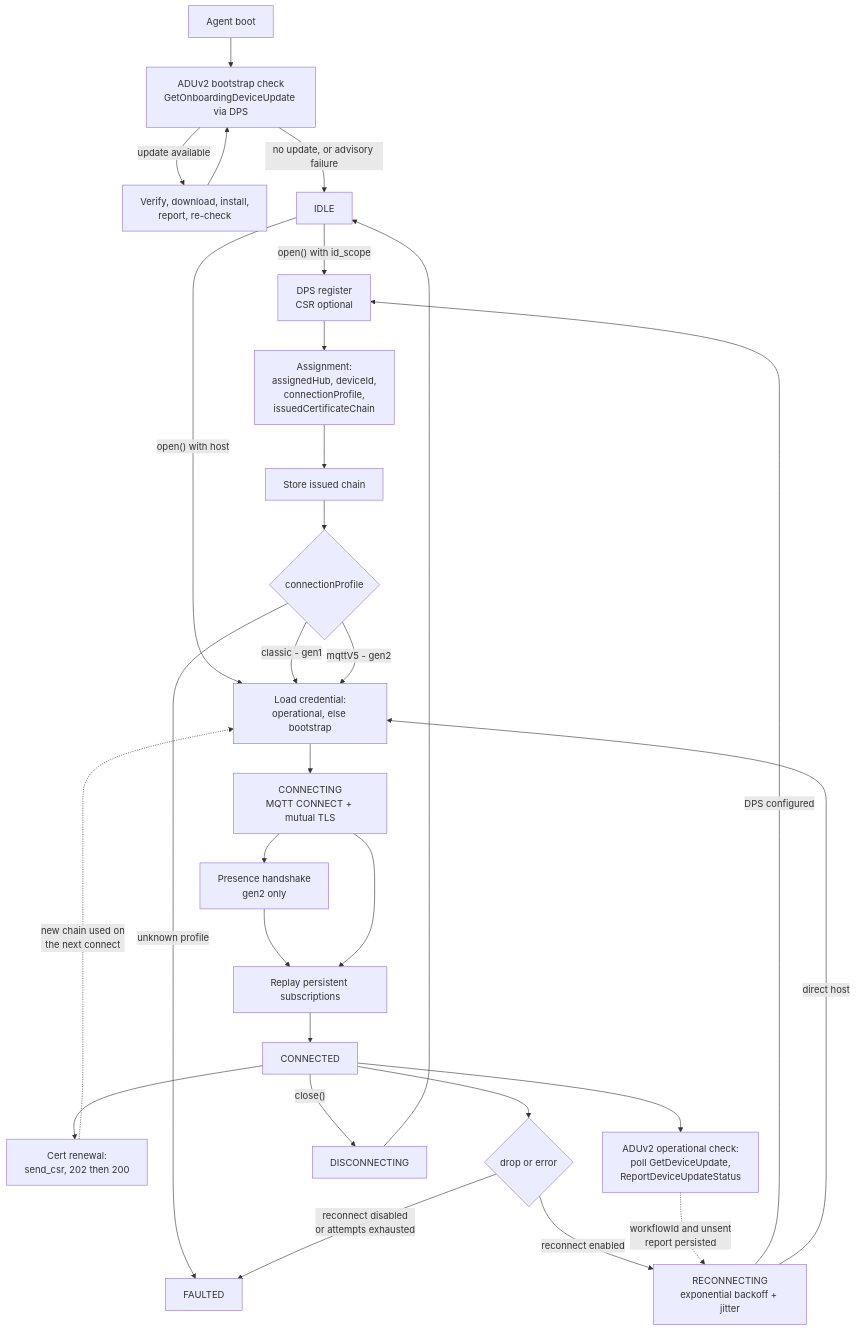
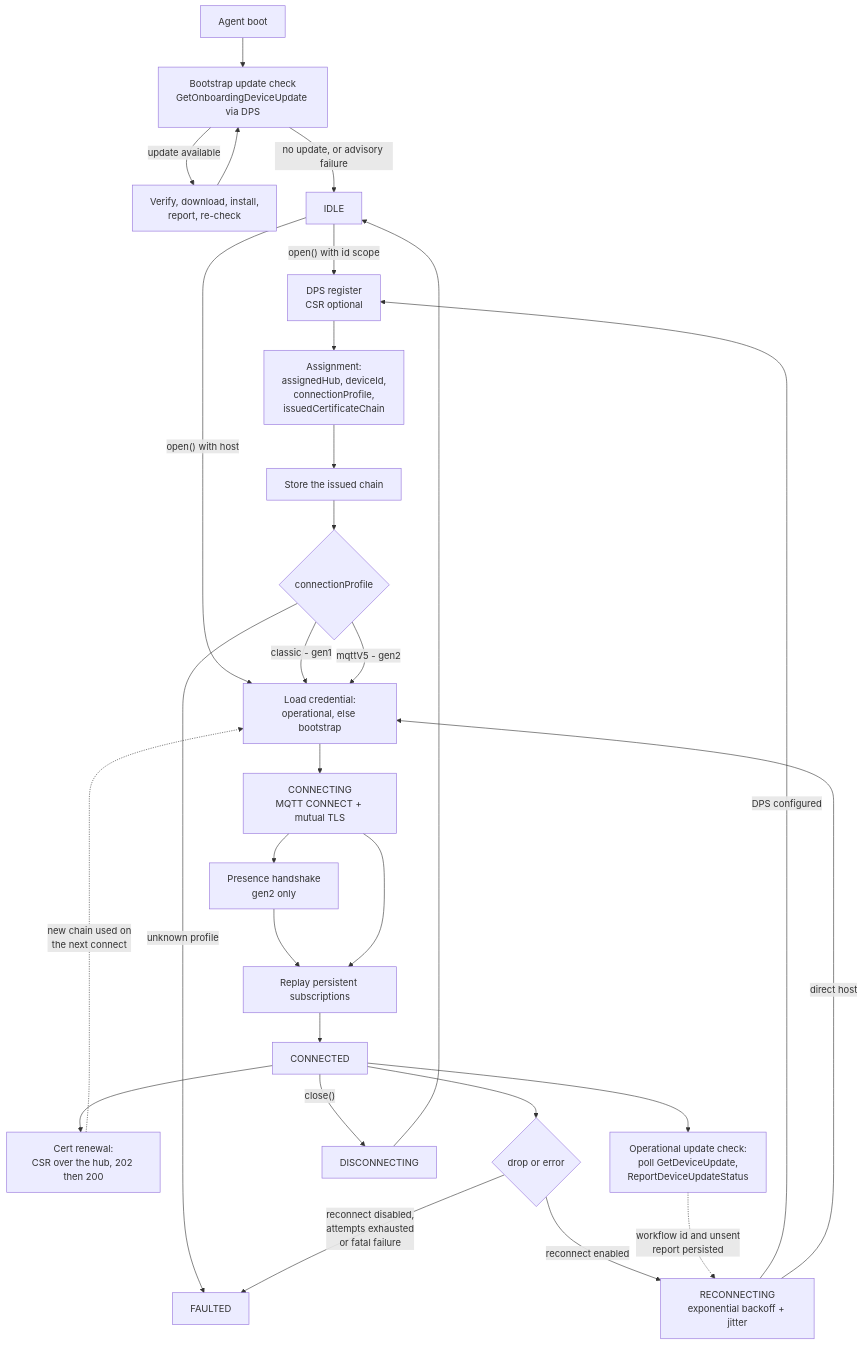
Before and after one commit to Azure/azure-iot-sdk: the ninth of 9 diagrams in c/docs/connection.md, drawn with Mermaid. The commit also changed other lines of this file and 1 other file, not shown here.

````diff
--- a/c/docs/connection.md
+++ b/c/docs/connection.md
@@ -509,36 +542,36 @@
 ```mermaid
 flowchart TB
-    BOOT["Agent boot"] --> BCHK["ADUv2 bootstrap check<br/>GetOnboardingDeviceUpdate via DPS"]
+    BOOT["Agent boot"] --> BCHK["Bootstrap update check<br/>GetOnboardingDeviceUpdate via DPS"]
     BCHK -->|"update available"| BINST["Verify, download, install,<br/>report, re-check"]
     BINST --> BCHK
     BCHK -->|"no update, or advisory failure"| IDLE["IDLE"]
 
-    IDLE -->|"open() with id_scope"| REG["DPS register<br/>CSR optional"]
+    IDLE -->|"open() with id scope"| REG["DPS register<br/>CSR optional"]
     IDLE -->|"open() with host"| CRED
 
     REG --> ASSIGN["Assignment:<br/>assignedHub, deviceId,<br/>connectionProfile,<br/>issuedCertificateChain"]
-    ASSIGN --> STORE1["Store issued chain"]
+    ASSIGN --> STORE1["Store the issued chain"]
     STORE1 --> PROFILE{"connectionProfile"}
 
     PROFILE -->|"unknown profile"| FAULTED
     PROFILE -->|"classic - gen1"| CRED
     PROFILE -->|"mqttV5 - gen2"| CRED["Load credential:<br/>operational, else bootstrap"]
 
     CRED --> CONNECTING["CONNECTING<br/>MQTT CONNECT + mutual TLS"]
     CONNECTING --> BIRTH["Presence handshake<br/>gen2 only"]
     BIRTH --> SUBS["Replay persistent subscriptions"]
     CONNECTING --> SUBS
     SUBS --> CONNECTED["CONNECTED"]
 
-    CONNECTED --> CRENEW["Cert renewal:<br/>send_csr, 202 then 200"]
+    CONNECTED --> CRENEW["Cert renewal:<br/>CSR over the hub, 202 then 200"]
     CRENEW -.->|"new chain used on<br/>the next connect"| CRED
-    CONNECTED --> ARENEW["ADUv2 operational check:<br/>poll GetDeviceUpdate,<br/>ReportDeviceUpdateStatus"]
+    CONNECTED --> ARENEW["Operational update check:<br/>poll GetDeviceUpdate,<br/>ReportDeviceUpdateStatus"]
 
     CONNECTED -->|"close()"| DISC["DISCONNECTING"] --> IDLE
     CONNECTED --> DROP{"drop or error"}
-    DROP -->|"reconnect disabled<br/>or attempts exhausted"| FAULTED["FAULTED"]
+    DROP -->|"reconnect disabled,<br/>attempts exhausted<br/>or fatal failure"| FAULTED["FAULTED"]
     DROP -->|"reconnect enabled"| RECON["RECONNECTING<br/>exponential backoff + jitter"]
     RECON -->|"DPS configured"| REG
     RECON -->|"direct host"| CRED
-    ARENEW -.->|"workflowId and unsent<br/>report persisted"| RECON
+    ARENEW -.->|"workflow id and unsent<br/>report persisted"| RECON
 ```
````
